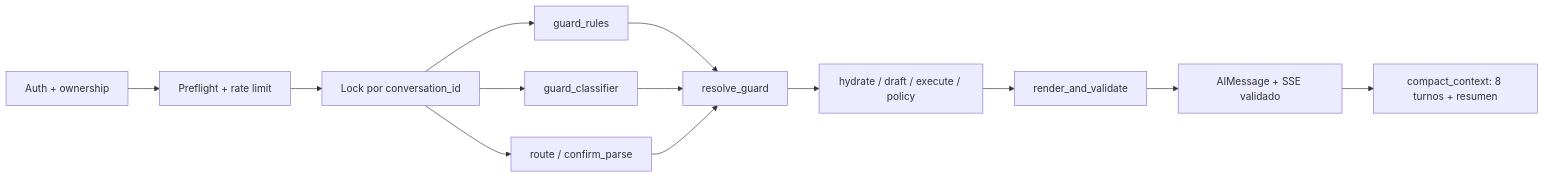
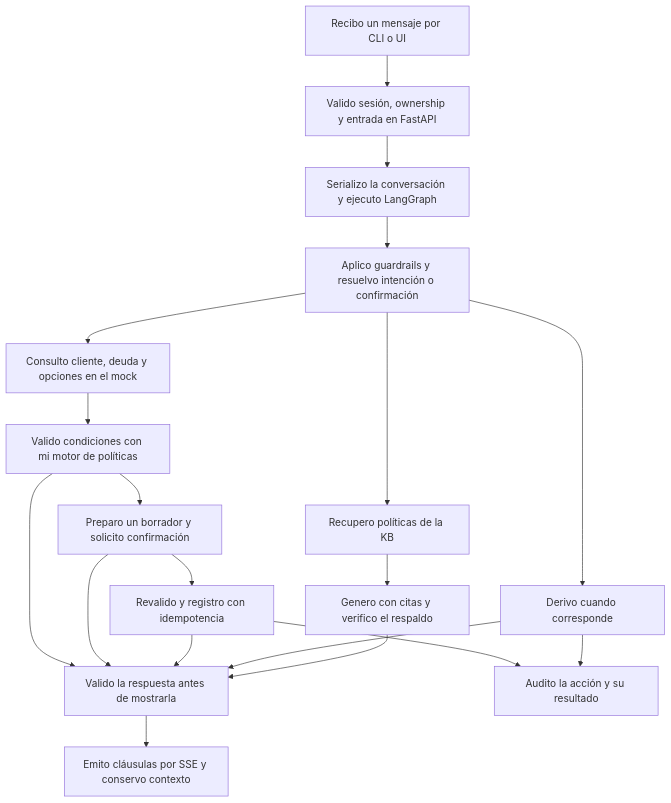
The diagram in README.md (kelm2020/financial-agent), drawn with Mermaid before and after one commit. The commit also changed other lines of this file, not shown here.

Commit message:
docs(readme): finalize architecture, evaluation tables and challenge deliverables

````diff
--- a/README.md
+++ b/README.md
@@ -130,15 +440,21 @@
 ```mermaid
-flowchart LR
-  A["Auth + ownership"] --> B["Preflight + rate limit"]
-  B --> C["Lock por conversation_id"]
-  C --> D["guard_rules"]
-  C --> E["guard_classifier"]
-  C --> F["route / confirm_parse"]
-  D --> G["resolve_guard"]
-  E --> G
-  F --> G
-  G --> H["hydrate / draft / execute / policy"]
-  H --> I["render_and_validate"]
-  I --> J["AIMessage + SSE validado"]
-  J --> K["compact_context: 8 turnos + resumen"]
+flowchart TD
+    A["Recibo un mensaje por CLI o UI"] --> B["Valido sesión, ownership y entrada en FastAPI"]
+    B --> C["Serializo la conversación y ejecuto LangGraph"]
+    C --> D["Aplico guardrails y resuelvo intención o confirmación"]
+    D --> E["Consulto cliente, deuda y opciones en el mock"]
+    D --> F["Recupero políticas de la KB"]
+    E --> G["Valido condiciones con mi motor de políticas"]
+    G --> H["Preparo un borrador y solicito confirmación"]
+    H --> I["Revalido y registro con idempotencia"]
+    D --> J["Derivo cuando corresponde"]
+    F --> K["Genero con citas y verifico el respaldo"]
+    G --> L["Valido la respuesta antes de mostrarla"]
+    H --> L
+    I --> L
+    J --> L
+    K --> L
+    L --> M["Emito cláusulas por SSE y conservo contexto"]
+    I --> N["Audito la acción y su resultado"]
+    J --> N
 ```
````
